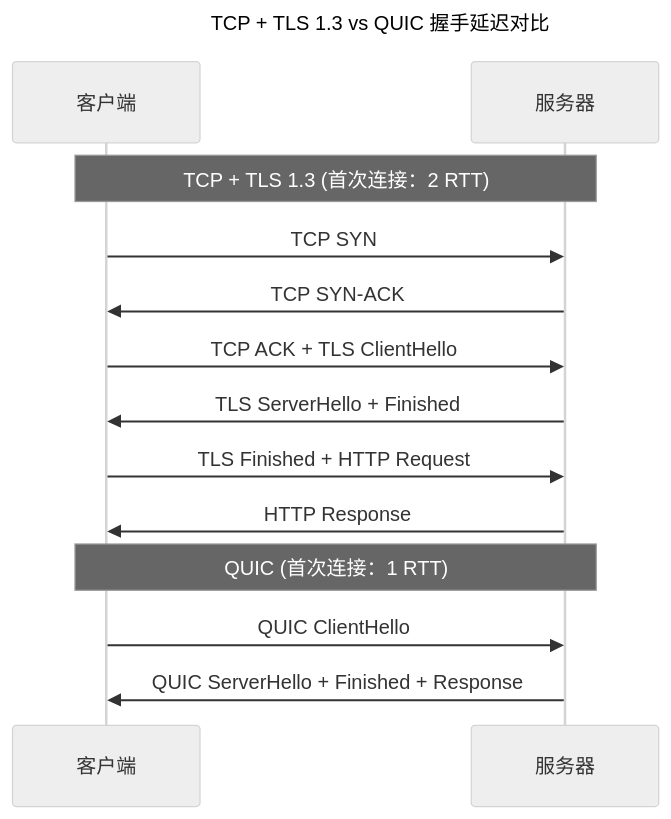
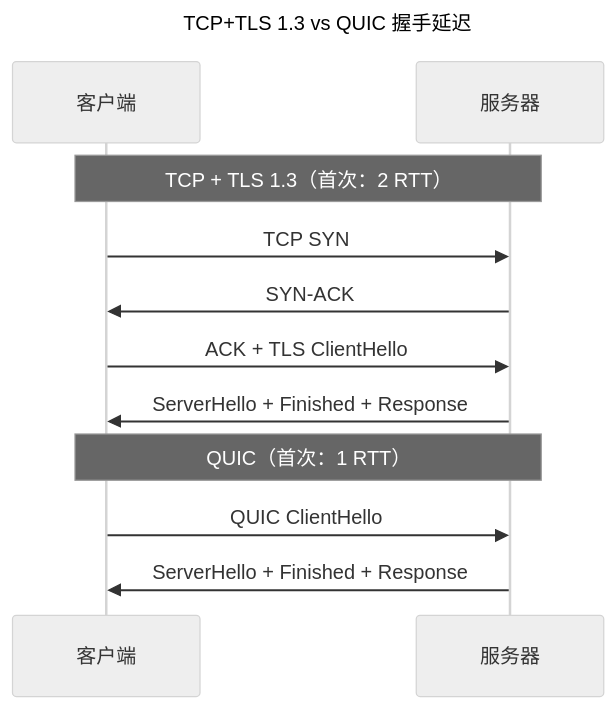
Before and after one commit to yadayanxue/silicon-strides: the diagram in src/content/docs/03-qiankun/06-transport-tcp-udp-quic.md, drawn with Mermaid (neutral theme). The commit also changed other lines of this file and 7 other files, not shown here.

Commit message:
docs: 卷三内容深度补充——8章各加Mermaid图与深层论证

````diff
--- a/src/content/docs/03-qiankun/06-transport-tcp-udp-quic.md
+++ b/src/content/docs/03-qiankun/06-transport-tcp-udp-quic.md
@@ -87,20 +36,18 @@
 ```mermaid
 ---
-title: TCP + TLS 1.3 vs QUIC 握手延迟对比
+title: TCP+TLS 1.3 vs QUIC 握手延迟
 ---
 sequenceDiagram
     participant C as 客户端
     participant S as 服务器
 
-    Note over C,S: TCP + TLS 1.3 (首次连接：2 RTT)
+    Note over C,S: TCP + TLS 1.3（首次：2 RTT）
     C->>S: TCP SYN
-    S->>C: TCP SYN-ACK
-    C->>S: TCP ACK + TLS ClientHello
-    S->>C: TLS ServerHello + Finished
-    C->>S: TLS Finished + HTTP Request
-    S->>C: HTTP Response
+    S->>C: SYN-ACK
+    C->>S: ACK + TLS ClientHello
+    S->>C: ServerHello + Finished + Response
 
-    Note over C,S: QUIC (首次连接：1 RTT)
+    Note over C,S: QUIC（首次：1 RTT）
     C->>S: QUIC ClientHello
-    S->>C: QUIC ServerHello + Finished + Response
+    S->>C: ServerHello + Finished + Response
 ```
````
